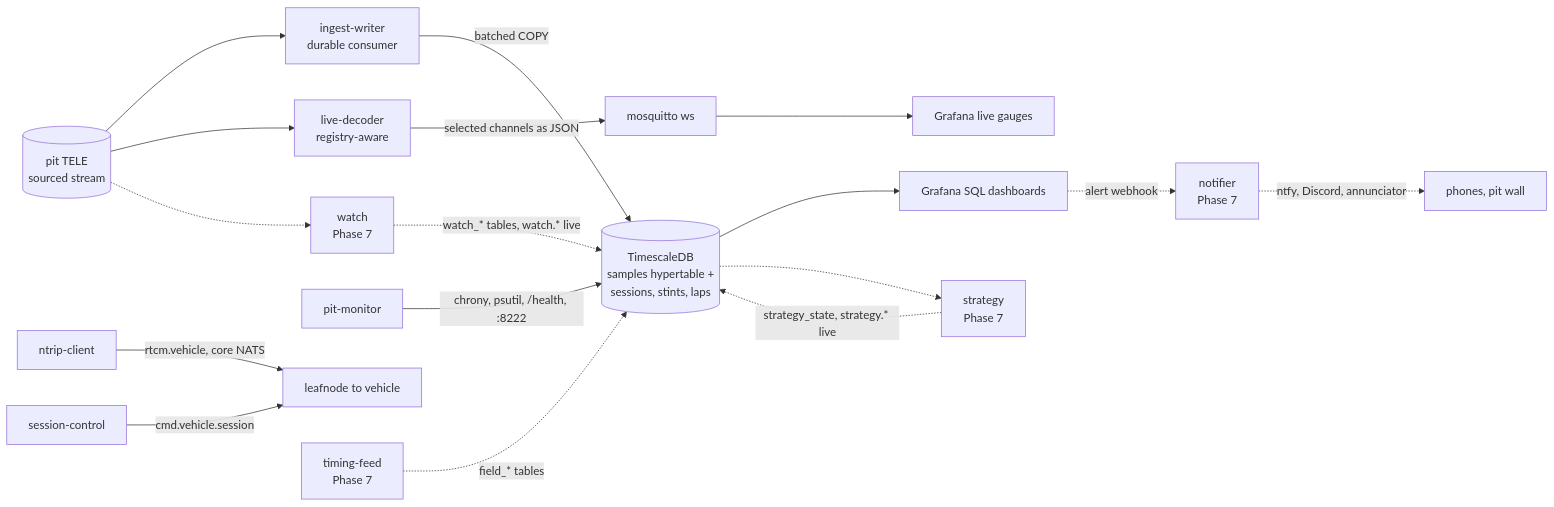
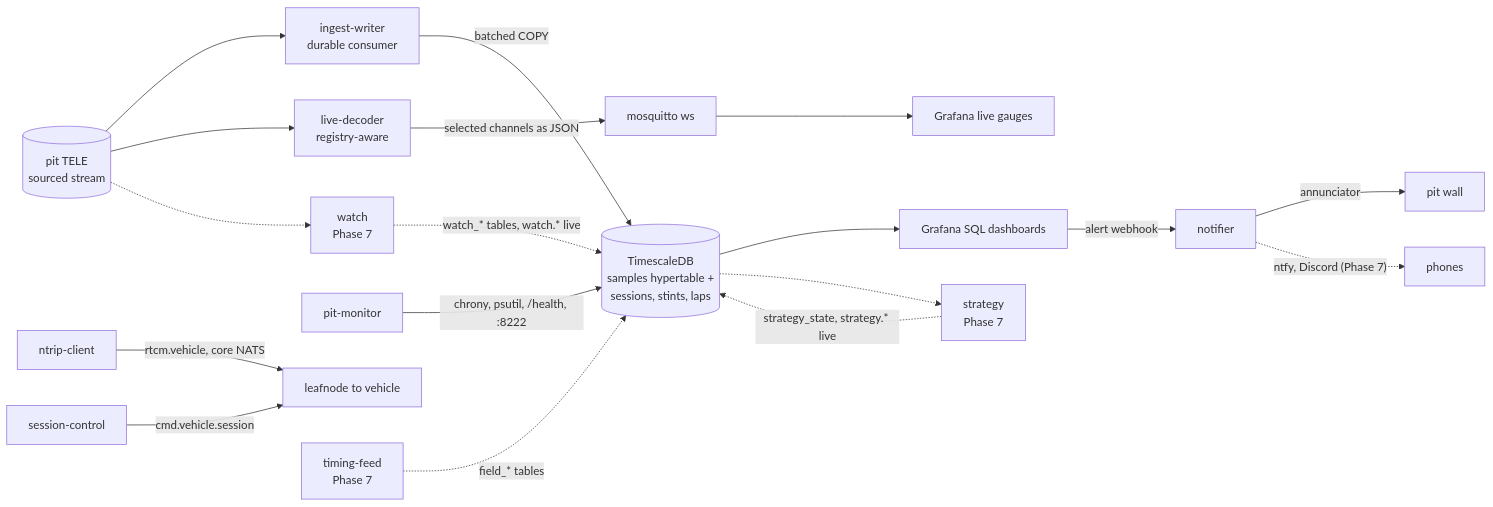
One commit to Robert-McMahon/openlaps changed the third of 4 diagrams in docs/ARCHITECTURE.md. Above: the diagram before and after it, drawn with Mermaid. The commit also changed other lines of this file and 29 other files, not shown here.

````diff
--- a/docs/ARCHITECTURE.md
+++ b/docs/ARCHITECTURE.md
@@ -118,15 +118,16 @@
 ```mermaid
 flowchart LR
   SRC[(pit TELE<br/>sourced stream)] --> W[ingest-writer<br/>durable consumer]
   W -- "batched COPY" --> DB[(TimescaleDB<br/>samples hypertable +<br/>sessions, stints, laps)]
   SRC --> L[live-decoder<br/>registry-aware]
   L -- "selected channels as JSON" --> M[mosquitto ws] --> G1[Grafana live gauges]
   DB --> G2[Grafana SQL dashboards]
   NC[ntrip-client] -- "rtcm.vehicle, core NATS" --> LEAF[leafnode to vehicle]
   S[session-control] -- "cmd.vehicle.session" --> LEAF
   PM[pit-monitor] -- "chrony, psutil, /health, :8222" --> DB
   SRC -.-> WT[watch<br/>Phase 7] -. "watch_* tables, watch.* live" .-> DB
   DB -.-> ST[strategy<br/>Phase 7] -. "strategy_state, strategy.* live" .-> DB
   TF[timing-feed<br/>Phase 7] -. "field_* tables" .-> DB
-  G2 -. "alert webhook" .-> NF[notifier<br/>Phase 7] -. "ntfy, Discord, annunciator" .-> PH[phones, pit wall]
+  G2 -- "alert webhook" --> NF[notifier] -- "annunciator" --> PH[pit wall]
+  NF -. "ntfy, Discord (Phase 7)" .-> PHONES[phones]
 ```
````
